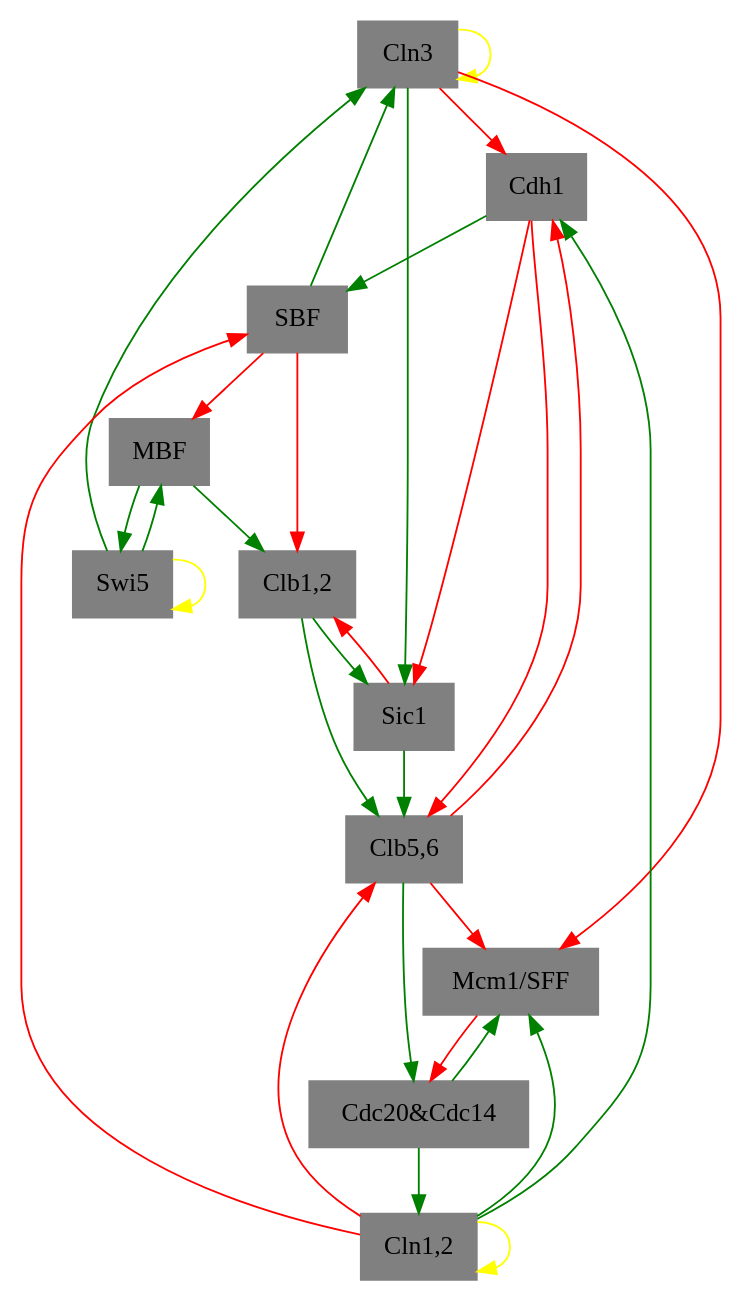
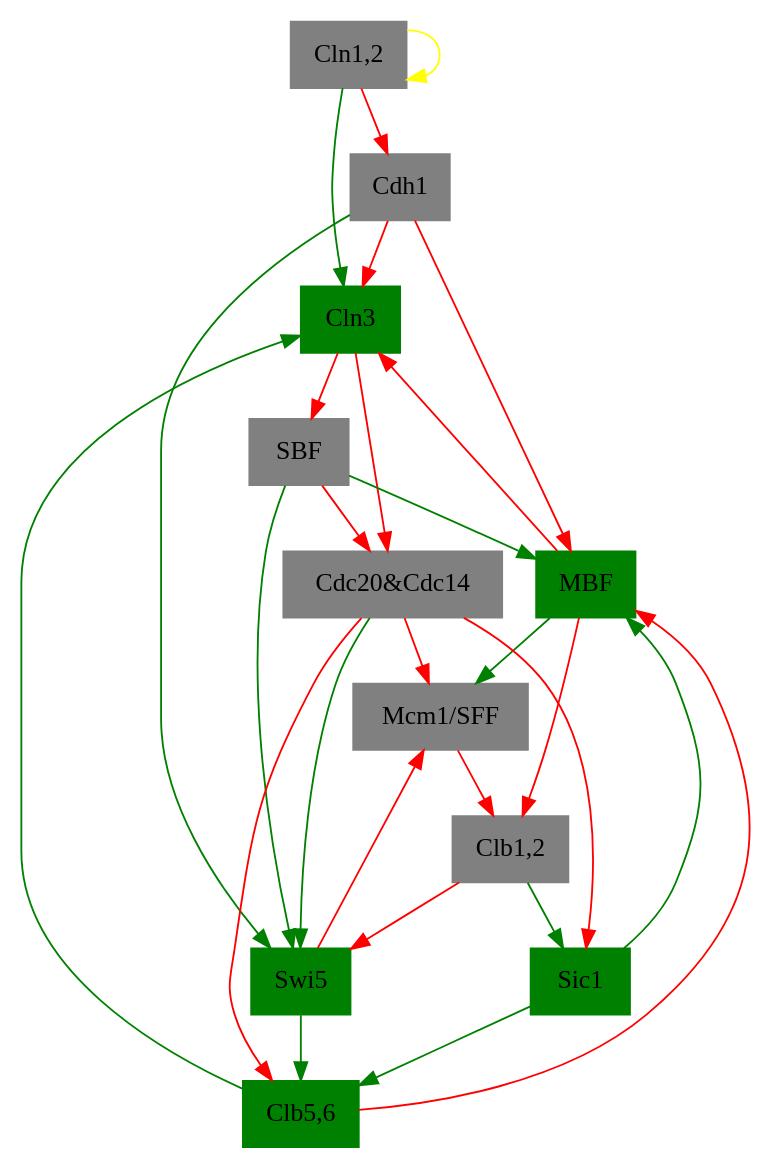
Before and after one commit to ellaqezi/cellCycle: the diagram in graph.gv, drawn with Graphviz. The commit also changed 17 other files, not shown here.

```diff
--- a/graph.gv
+++ b/graph.gv
@@ -1,66 +1,58 @@
-digraph 00000000000  {
-"Cln3" [shape=box, color=gray, style=filled];
-	edge [color=yellow]; 
-	"Cln3" -> "Cln3";
+digraph 11000101100  {
+"Cln3" [shape=box, color=green, style=filled];
 	edge [color=green]; 
-	"SBF" -> "Cln3";
-	"Swi5" -> "Cln3";
-"MBF" [shape=box, color=gray, style=filled];
+	"Clb5,6" -> "Cln3";
+	"Cln1,2" -> "Cln3";
+	edge [color=red]; 
+	"Cdh1" -> "Cln3";
+	"MBF" -> "Cln3";
+"MBF" [shape=box, color=green, style=filled];
 	edge [color=green]; 
-	"Swi5" -> "MBF";
+	"SBF" -> "MBF";
+	"Sic1" -> "MBF";
 	edge [color=red]; 
-	"SBF" -> "MBF";
+	"Cdh1" -> "MBF";
+	"Clb5,6" -> "MBF";
 "SBF" [shape=box, color=gray, style=filled];
-	edge [color=green]; 
-	"Cdh1" -> "SBF";
 	edge [color=red]; 
-	"Cln1,2" -> "SBF";
+	"Cln3" -> "SBF";
 "Cln1,2" [shape=box, color=gray, style=filled];
 	edge [color=yellow]; 
 	"Cln1,2" -> "Cln1,2";
+"Cdh1" [shape=box, color=gray, style=filled];
+	edge [color=red]; 
+	"Cln1,2" -> "Cdh1";
+"Swi5" [shape=box, color=green, style=filled];
 	edge [color=green]; 
-	"Cdc20&Cdc14" -> "Cln1,2";
-"Cdh1" [shape=box, color=gray, style=filled];
+	"Cdc20&Cdc14" -> "Swi5";
+	"Cdh1" -> "Swi5";
+	"SBF" -> "Swi5";
+	edge [color=red]; 
+	"Clb1,2" -> "Swi5";
+"Cdc20&Cdc14" [shape=box, color=gray, style=filled];
+	edge [color=red]; 
+	"Cln3" -> "Cdc20&Cdc14";
+	"SBF" -> "Cdc20&Cdc14";
+"Clb5,6" [shape=box, color=green, style=filled];
 	edge [color=green]; 
-	"Cln1,2" -> "Cdh1";
+	"Sic1" -> "Clb5,6";
+	"Swi5" -> "Clb5,6";
 	edge [color=red]; 
-	"Clb5,6" -> "Cdh1";
-	"Cln3" -> "Cdh1";
-"Swi5" [shape=box, color=gray, style=filled];
-	edge [color=yellow]; 
-	"Swi5" -> "Swi5";
-	edge [color=green]; 
-	"MBF" -> "Swi5";
-"Cdc20&Cdc14" [shape=box, color=gray, style=filled];
-	edge [color=green]; 
-	"Clb5,6" -> "Cdc20&Cdc14";
-	edge [color=red]; 
-	"Mcm1/SFF" -> "Cdc20&Cdc14";
-"Clb5,6" [shape=box, color=gray, style=filled];
-	edge [color=green]; 
-	"Clb1,2" -> "Clb5,6";
-	"Sic1" -> "Clb5,6";
-	edge [color=red]; 
-	"Cdh1" -> "Clb5,6";
-	"Cln1,2" -> "Clb5,6";
-"Sic1" [shape=box, color=gray, style=filled];
+	"Cdc20&Cdc14" -> "Clb5,6";
+"Sic1" [shape=box, color=green, style=filled];
 	edge [color=green]; 
 	"Clb1,2" -> "Sic1";
-	"Cln3" -> "Sic1";
 	edge [color=red]; 
-	"Cdh1" -> "Sic1";
+	"Cdc20&Cdc14" -> "Sic1";
 "Clb1,2" [shape=box, color=gray, style=filled];
-	edge [color=green]; 
+	edge [color=red]; 
 	"MBF" -> "Clb1,2";
-	edge [color=red]; 
-	"SBF" -> "Clb1,2";
-	"Sic1" -> "Clb1,2";
+	"Mcm1/SFF" -> "Clb1,2";
 "Mcm1/SFF" [shape=box, color=gray, style=filled];
 	edge [color=green]; 
+	"MBF" -> "Mcm1/SFF";
+	edge [color=red]; 
 	"Cdc20&Cdc14" -> "Mcm1/SFF";
-	"Cln1,2" -> "Mcm1/SFF";
-	edge [color=red]; 
-	"Clb5,6" -> "Mcm1/SFF";
-	"Cln3" -> "Mcm1/SFF";
+	"Swi5" -> "Mcm1/SFF";
 
 }
```
